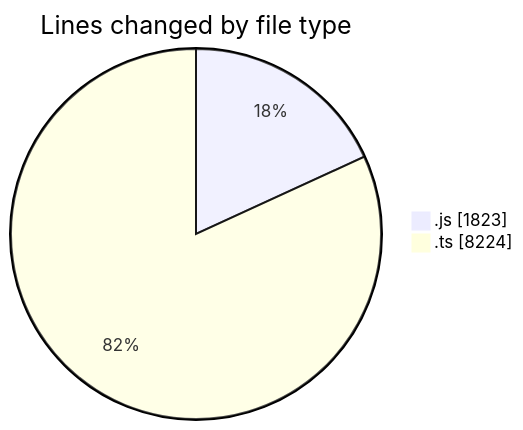
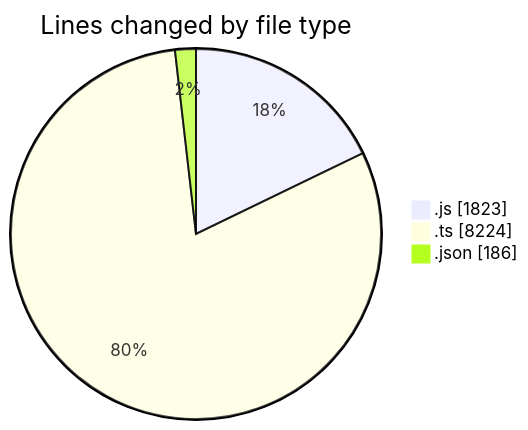
Before and after one commit to momahboobian/code-tracking: the first of 2 diagrams in 2026-04-08/cda/README.md, drawn with Mermaid. The commit also changed other lines of this file and 1 other file, not shown here.

````diff
--- a/2026-04-08/cda/README.md
+++ b/2026-04-08/cda/README.md
@@ -25,6 +26,7 @@
 ```mermaid
 pie showData
 title Lines changed by file type
 ".js" : 1823
 ".ts" : 8224
+".json" : 186
 ```
````
